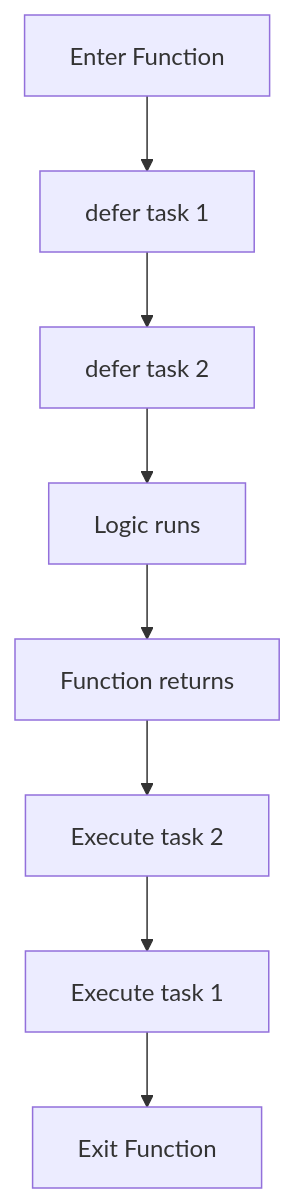
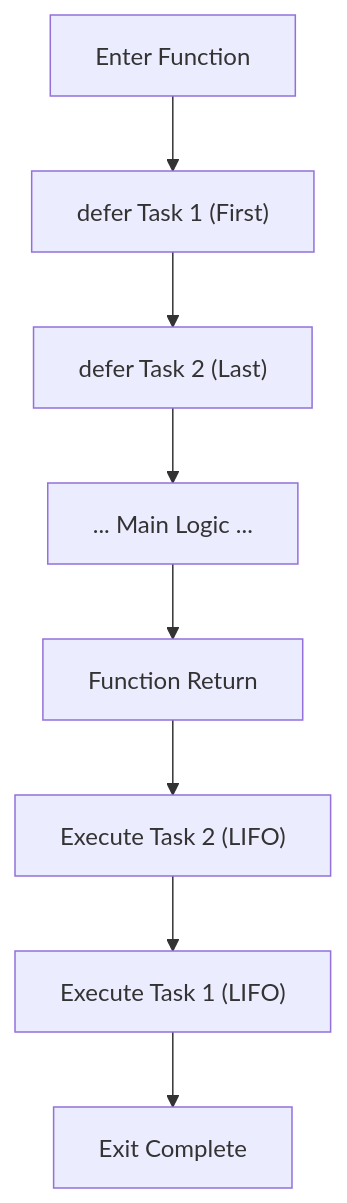
Before and after one commit to rasel9t6/the-go-engineer: the diagram in 02-language-basics/03-control-flow/5-defer-basics/README.md, drawn with Mermaid. The commit also changed other lines of this file and 36 other files, not shown here.

````diff
--- a/02-language-basics/03-control-flow/5-defer-basics/README.md
+++ b/02-language-basics/03-control-flow/5-defer-basics/README.md
@@ -23,10 +22,10 @@
 ```mermaid
 graph TD
-    A["Enter Function"] --> B["defer task 1"]
-    B --> C["defer task 2"]
-    C --> D["Logic runs"]
-    D --> E["Function returns"]
-    E --> F["Execute task 2"]
-    F --> G["Execute task 1"]
-    G --> H["Exit Function"]
+    A["Enter Function"] --> B["defer Task 1 (First)"]
+    B --> C["defer Task 2 (Last)"]
+    C --> D["... Main Logic ..."]
+    D --> E["Function Return"]
+    E --> F["Execute Task 2 (LIFO)"]
+    F --> G["Execute Task 1 (LIFO)"]
+    G --> H["Exit Complete"]
 ```
````
